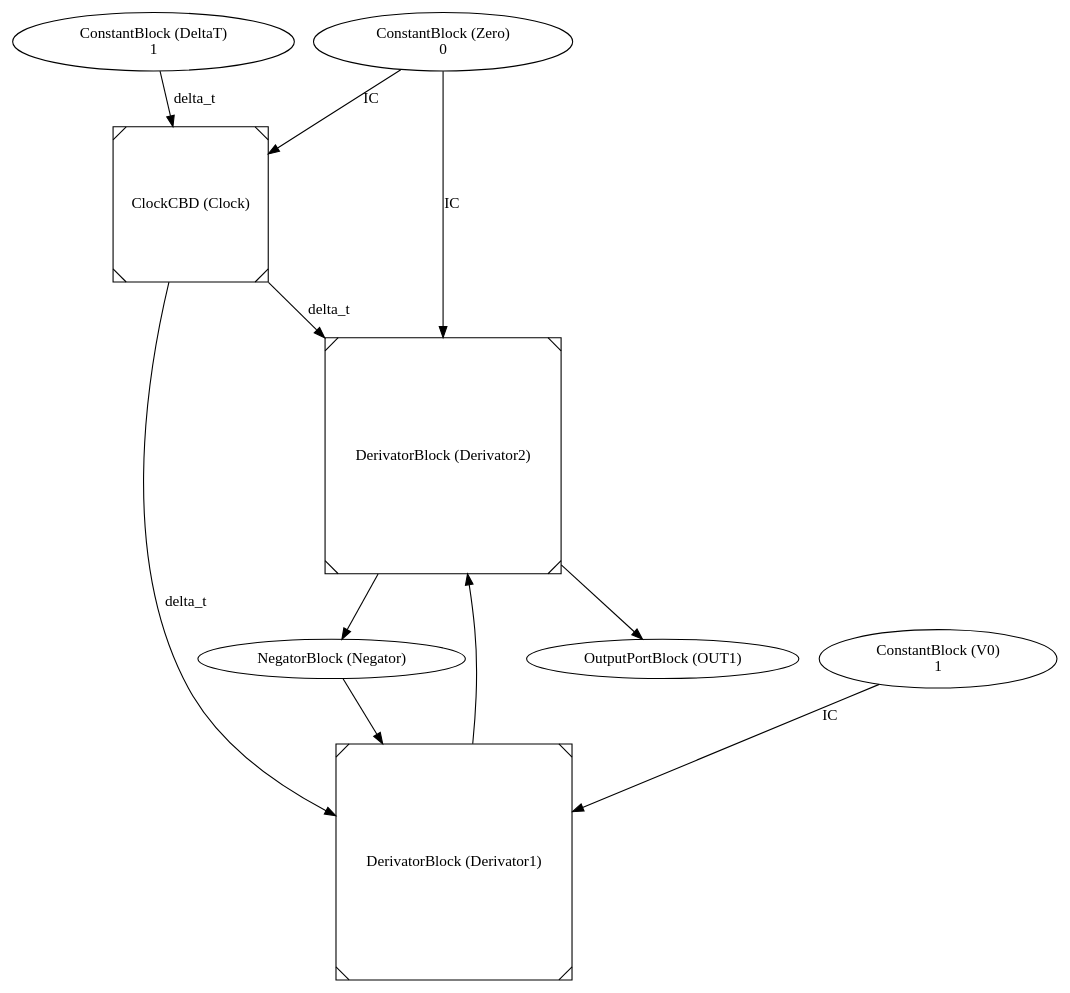
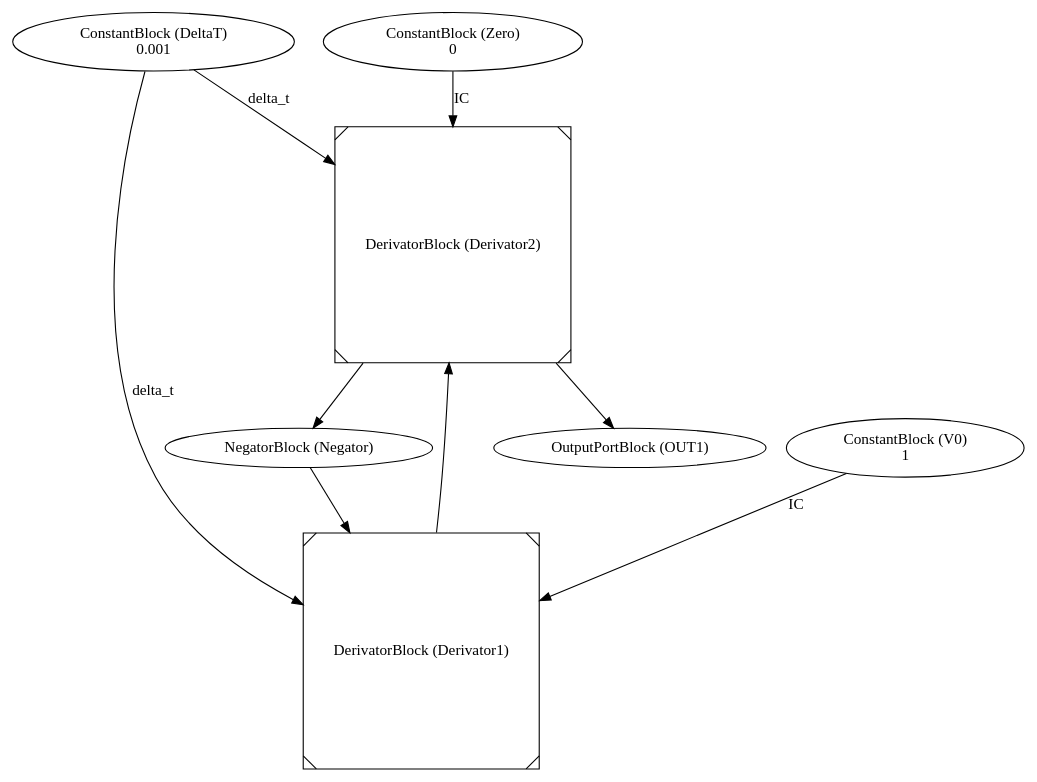
Before and after one commit to desmetr/MoSIS: the diagram in 3CBD Continuous/CBD/output/CBD_B.dot, drawn with Graphviz. The commit also changed 26 other files, not shown here.

```diff
--- a/3CBD Continuous/CBD/output/CBD_B.dot
+++ b/3CBD Continuous/CBD/output/CBD_B.dot
@@ -1,21 +1,18 @@
 digraph graphname
 {OUT1 [label="OutputPortBlock (OUT1)"];
 Derivator2 -> OUT1 [label=""];
-Clock [label="ClockCBD (Clock)",shape=Msquare];
-DeltaT -> Clock [label="delta_t"];
-Zero -> Clock [label="IC"];
 Zero [label="ConstantBlock (Zero)\n0"];
-DeltaT [label="ConstantBlock (DeltaT)\n1"];
+DeltaT [label="ConstantBlock (DeltaT)\n0.001"];
 Negator [label="NegatorBlock (Negator)"];
 Derivator2 -> Negator [label=""];
 Derivator1 [label="DerivatorBlock (Derivator1)",shape=Msquare];
-Clock -> Derivator1 [label="delta_t"];
+DeltaT -> Derivator1 [label="delta_t"];
 V0 -> Derivator1 [label="IC"];
 Negator -> Derivator1 [label=""];
 Derivator2 [label="DerivatorBlock (Derivator2)",shape=Msquare];
-Clock -> Derivator2 [label="delta_t"];
+DeltaT -> Derivator2 [label="delta_t"];
 Zero -> Derivator2 [label="IC"];
 Derivator1 -> Derivator2 [label=""];
 V0 [label="ConstantBlock (V0)\n1"];
 
 }
```
